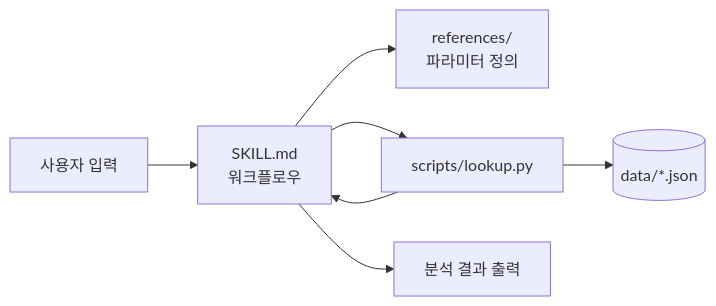
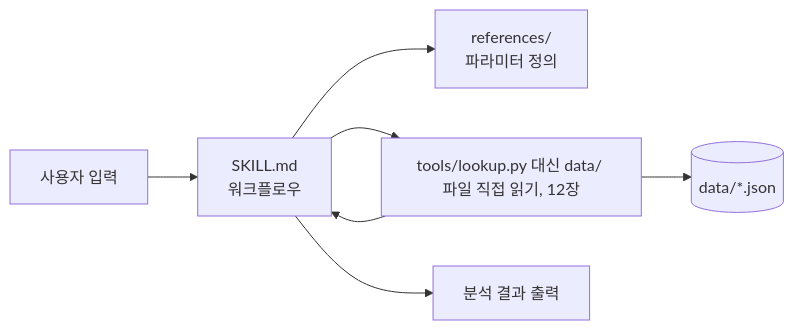
Before and after one commit to seogineer/triz-solver: the first of 2 diagrams in docs/DESIGN.md, drawn with Mermaid. The commit also changed other lines of this file and 11 other files, not shown here.

````diff
--- a/docs/DESIGN.md
+++ b/docs/DESIGN.md
@@ -77,9 +77,9 @@
 ```mermaid
 flowchart LR
     U[사용자 입력] --> S[SKILL.md<br/>워크플로우]
     S --> R[references/<br/>파라미터 정의]
-    S --> L[scripts/lookup.py]
+    S --> L[tools/lookup.py 대신 data/ 파일 직접 읽기, 12장]
     L --> D[(data/*.json)]
     L --> S
     S --> O[분석 결과 출력]
 ```
````
